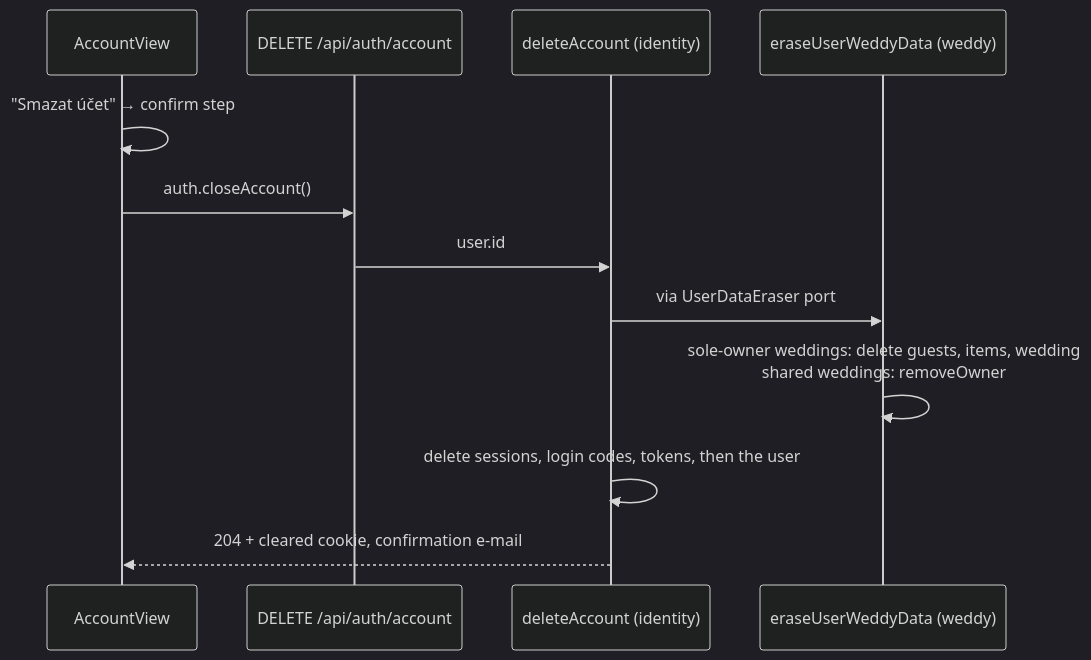
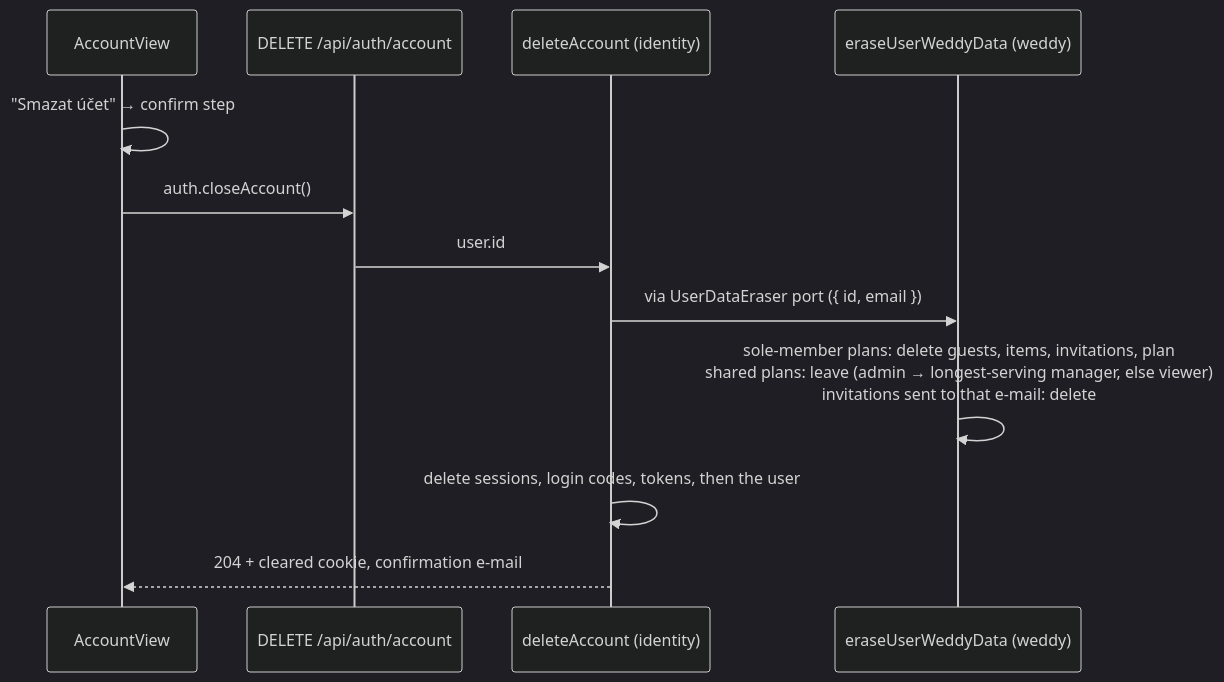
Before and after one commit to iziqq/fridrich.cloud: the diagram in doc/wiki/architecture/personalData.md, drawn with Mermaid (dark theme). The commit also changed other lines of this file and 78 other files, not shown here.

````diff
--- a/doc/wiki/architecture/personalData.md
+++ b/doc/wiki/architecture/personalData.md
@@ -69,14 +96,14 @@
 ```mermaid
 sequenceDiagram
     participant U as AccountView
     participant API as DELETE /api/auth/account
     participant A as deleteAccount (identity)
     participant W as eraseUserWeddyData (weddy)
     U->>U: "Smazat účet" → confirm step
     U->>API: auth.closeAccount()
     API->>A: user.id
-    A->>W: via UserDataEraser port
-    W->>W: sole-owner weddings: delete guests, items, wedding<br/>shared weddings: removeOwner
+    A->>W: via UserDataEraser port ({ id, email })
+    W->>W: sole-member plans: delete guests, items, invitations, plan<br/>shared plans: leave (admin → longest-serving manager, else viewer)<br/>invitations sent to that e-mail: delete
     A->>A: delete sessions, login codes, tokens, then the user
     A-->>U: 204 + cleared cookie, confirmation e-mail
 ```
````
